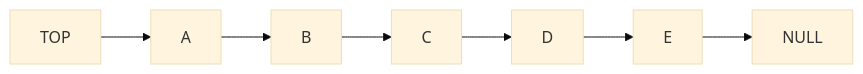
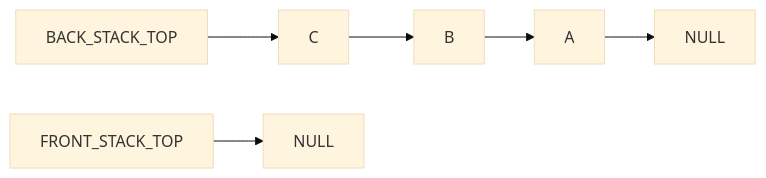
One commit to rmccrear/data-structures-and-algorithms changed the second of 13 diagrams in javascript/code-challenges/stack-queue-pseudo/README.md. Above: the diagram before and after it, drawn with Mermaid (base theme). The commit also changed other lines of this file and 1 other file, not shown here.

````diff
--- a/javascript/code-challenges/stack-queue-pseudo/README.md
+++ b/javascript/code-challenges/stack-queue-pseudo/README.md
@@ -9,4 +25,10 @@
 ```mermaid
     graph LR
-    TOP-->A-->B-->C-->D-->E-->NULL
+
+    BACK_STACK_TOP  --> C
+    C --> B
+    B --> A
+    A --> BTAIL[NULL]
+    FRONT_STACK_TOP --> FTAIL[NULL]
+
 ```
````
